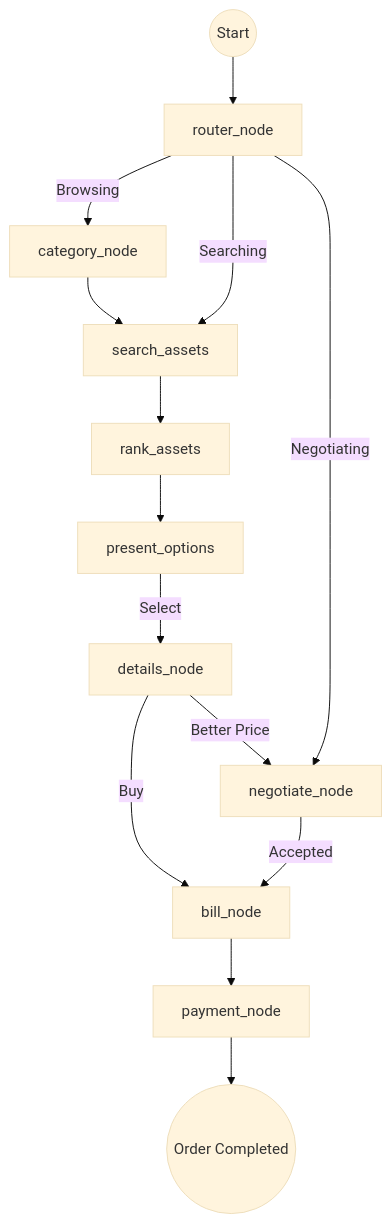
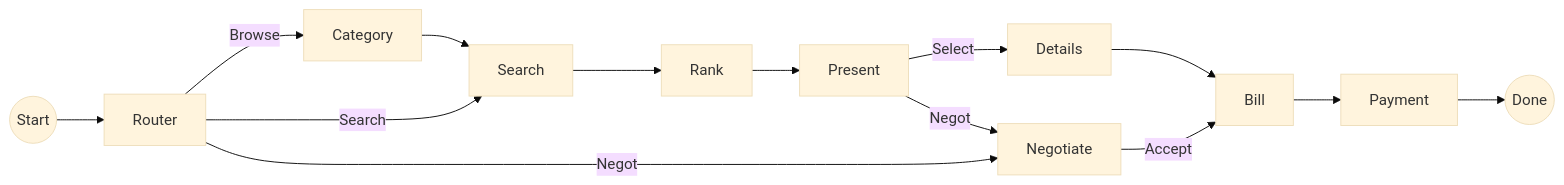
One commit to Aman-kumar-git12/TrustTradeAgent changed the first of 2 diagrams in README.md. Above: the diagram before and after it, drawn with Mermaid (base theme). The commit also changed other lines of this file, not shown here.

Commit message:
docs: condense diagrams for better readability

````diff
--- a/README.md
+++ b/README.md
@@ -24,19 +24,11 @@
 ```mermaid
-graph TD
-    Start((Start)) --> Detect[router_node]
-    Detect -- "Browsing" --> Category[category_node]
-    Detect -- "Searching" --> Search[search_assets]
-    Detect -- "Negotiating" --> Negotiate[negotiate_node]
-    
-    Category --> Search
-    Search --> Rank[rank_assets]
-    Rank --> Present[present_options]
-    
-    Present -- "Select" --> Details[details_node]
-    Details -- "Buy" --> Bill[bill_node]
-    Details -- "Better Price" --> Negotiate
-    
-    Negotiate -- "Accepted" --> Bill
-    Bill --> Payment[payment_node]
-    Payment --> Success((Order Completed))
+graph LR
+    Start((Start)) --> R[Router]
+    R -- "Browse" --> C[Category]
+    R -- "Search" --> S[Search]
+    R -- "Negot" --> N[Negotiate]
+    C --> S --> Rank[Rank] --> P[Present]
+    P -- "Select" --> D[Details] --> B[Bill]
+    P -- "Negot" --> N -- "Accept" --> B
+    B --> Pay[Payment] --> End((Done))
 ```
````
